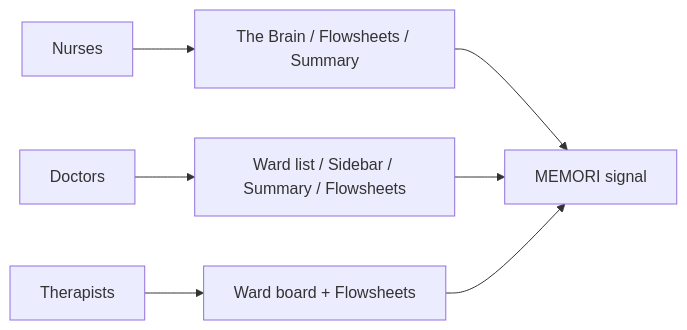
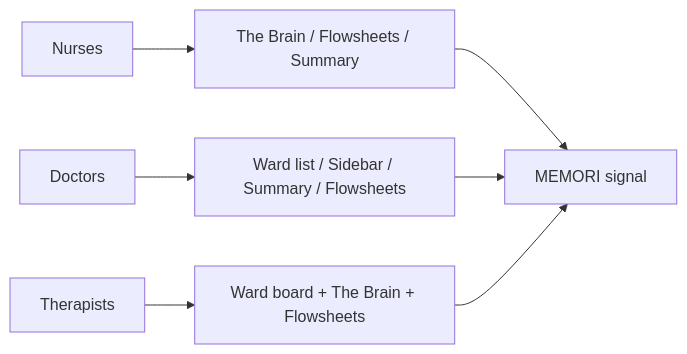
Before and after one commit to edavornyo-source/codex-test: the second of 3 diagrams in RDUH_MEMORI_Clinical_Deployment_Protocol_Rewrite.md, drawn with Mermaid. The commit also changed other lines of this file, not shown here.

Commit message:
Add The Brain to therapist synthesis and placement diagram

````diff
--- a/RDUH_MEMORI_Clinical_Deployment_Protocol_Rewrite.md
+++ b/RDUH_MEMORI_Clinical_Deployment_Protocol_Rewrite.md
@@ -168,9 +169,9 @@
 ```mermaid
 graph LR
     N[Nurses] --> B[The Brain / Flowsheets / Summary]
     D[Doctors] --> L[Ward list / Sidebar / Summary / Flowsheets]
-    T[Therapists] --> W[Ward board + Flowsheets]
+    T[Therapists] --> W[Ward board + The Brain + Flowsheets]
     B --> M[MEMORI signal]
     L --> M
     W --> M
 ```
````
